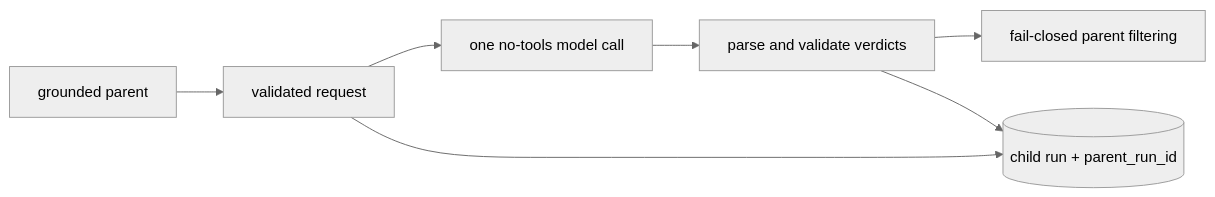
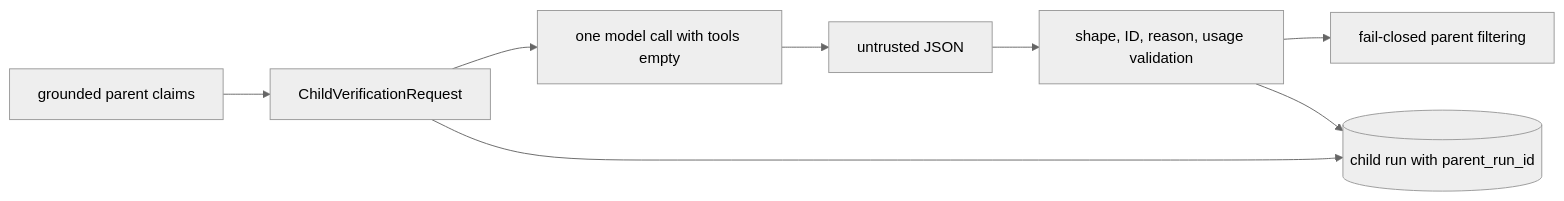
Before and after one commit to levalencia/archon: the first of 2 diagrams in docs/course/concepts/bounded-delegation.md, drawn with Mermaid (neutral theme). The commit also changed other lines of this file and 7 other files, not shown here.

````diff
--- a/docs/course/concepts/bounded-delegation.md
+++ b/docs/course/concepts/bounded-delegation.md
@@ -16,9 +21,10 @@
 ```mermaid
 flowchart LR
-  P[grounded parent] --> Q[validated request]
-  Q --> C[one no-tools model call]
-  C --> V[parse and validate verdicts]
+  P[grounded parent claims] --> Q[ChildVerificationRequest]
+  Q --> C[one model call with tools empty]
+  C --> U[untrusted JSON]
+  U --> V[shape, ID, reason, usage validation]
   V --> F[fail-closed parent filtering]
-  Q --> L[(child run + parent_run_id)]
+  Q --> L[(child run with parent_run_id)]
   V --> L
 ```
````
